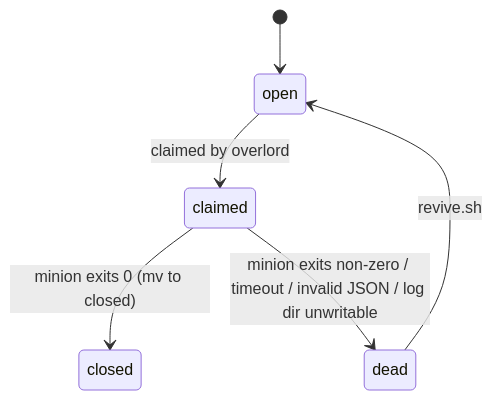
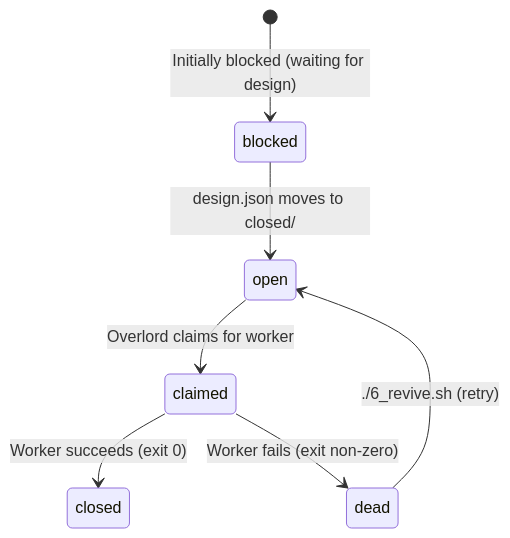
Before and after one commit to flyingrobots/TASKS-bash: the third of 4 diagrams in README.md, drawn with Mermaid. The commit also changed other lines of this file, not shown here.

Commit message:
docs: align README with current env names and DAG schema

````diff
--- a/README.md
+++ b/README.md
@@ -135,8 +146,9 @@
 ```mermaid
 stateDiagram-v2
-  [*] --> open
-  open --> claimed: claimed by overlord
-  claimed --> closed: minion exits 0 (mv to closed)
-  claimed --> dead: minion exits non-zero / timeout / invalid JSON / log dir unwritable
-  dead --> open: revive.sh
+  [*] --> blocked: Initially blocked (waiting for design)
+  blocked --> open: design.json moves to closed/
+  open --> claimed: Overlord claims for worker
+  claimed --> closed: Worker succeeds (exit 0)
+  claimed --> dead: Worker fails (exit non-zero)
+  dead --> open: ./6_revive.sh (retry)
 ```
````
